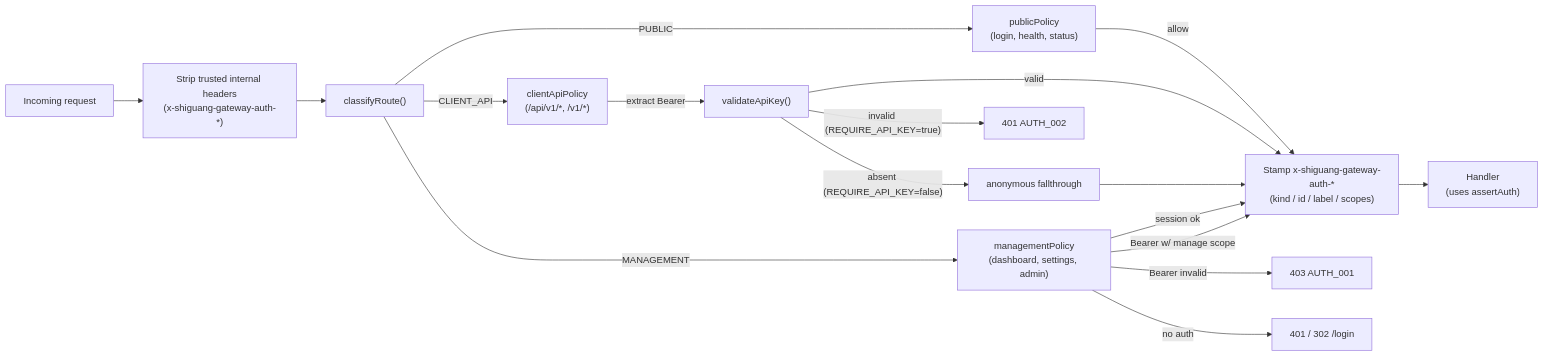
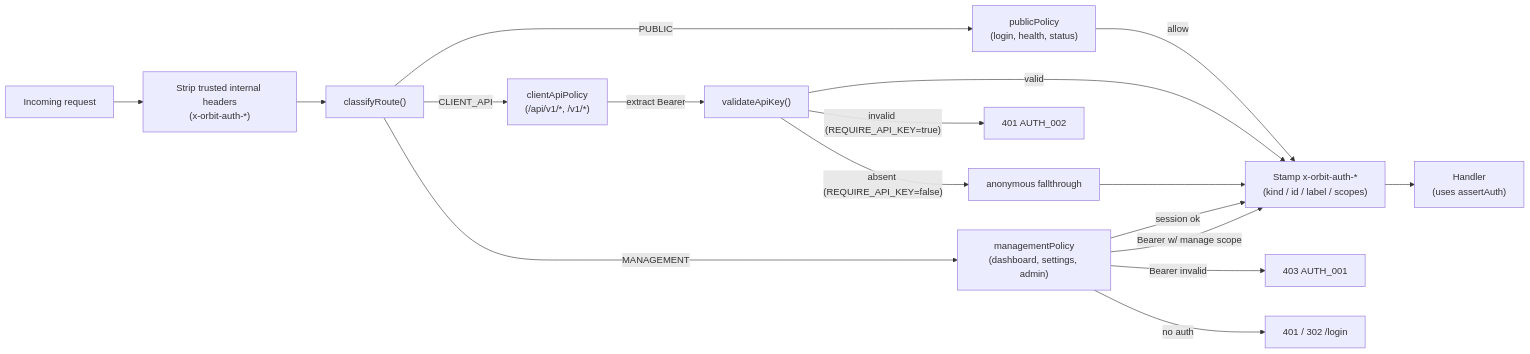
The diagram in packages/core/docs/diagrams/authz-pipeline.mmd (shiguang-lab/orbit), drawn with Mermaid before and after one commit. The commit also changed 2405 other files, not shown here.

Commit message:
refactor: retire Shiguang Gateway identifiers

```diff
--- a/packages/core/docs/diagrams/authz-pipeline.mmd
+++ b/packages/core/docs/diagrams/authz-pipeline.mmd
@@ -1,23 +1,23 @@
 %% AuthZ pipeline (3 route classes + policy evaluation)
 %% Reflects: src/middleware.ts, src/server/authz/pipeline.ts,
 %%           src/server/authz/policies/{public,clientApi,management}.ts
 %% v3.8.0
 flowchart LR
-  Req["Incoming request"] --> Strip["Strip trusted internal headers<br/>(x-shiguang-gateway-auth-*)"]
+  Req["Incoming request"] --> Strip["Strip trusted internal headers<br/>(x-orbit-auth-*)"]
   Strip --> Classify["classifyRoute()"]
   Classify -->|PUBLIC| PubP["publicPolicy<br/>(login, health, status)"]
   Classify -->|CLIENT_API| CliP["clientApiPolicy<br/>(/api/v1/*, /v1/*)"]
   Classify -->|MANAGEMENT| MgmtP["managementPolicy<br/>(dashboard, settings, admin)"]
 
-  PubP -->|allow| Stamp["Stamp x-shiguang-gateway-auth-*<br/>(kind / id / label / scopes)"]
+  PubP -->|allow| Stamp["Stamp x-orbit-auth-*<br/>(kind / id / label / scopes)"]
   CliP -->|extract Bearer| Validate["validateApiKey()"]
   Validate -->|valid| Stamp
   Validate -->|"invalid (REQUIRE_API_KEY=true)"| Reject401["401 AUTH_002"]
   Validate -->|"absent (REQUIRE_API_KEY=false)"| Anon["anonymous fallthrough"] --> Stamp
 
   MgmtP -->|session ok| Stamp
   MgmtP -->|Bearer w/ manage scope| Stamp
   MgmtP -->|"Bearer invalid"| Reject403["403 AUTH_001"]
   MgmtP -->|no auth| Reject401Mgmt["401 / 302 /login"]
 
   Stamp --> Handler["Handler<br/>(uses assertAuth)"]
```
